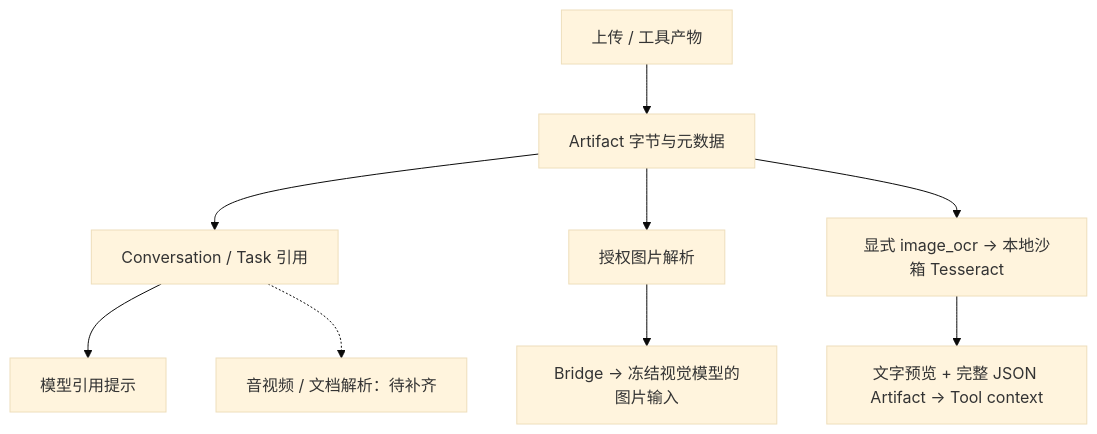
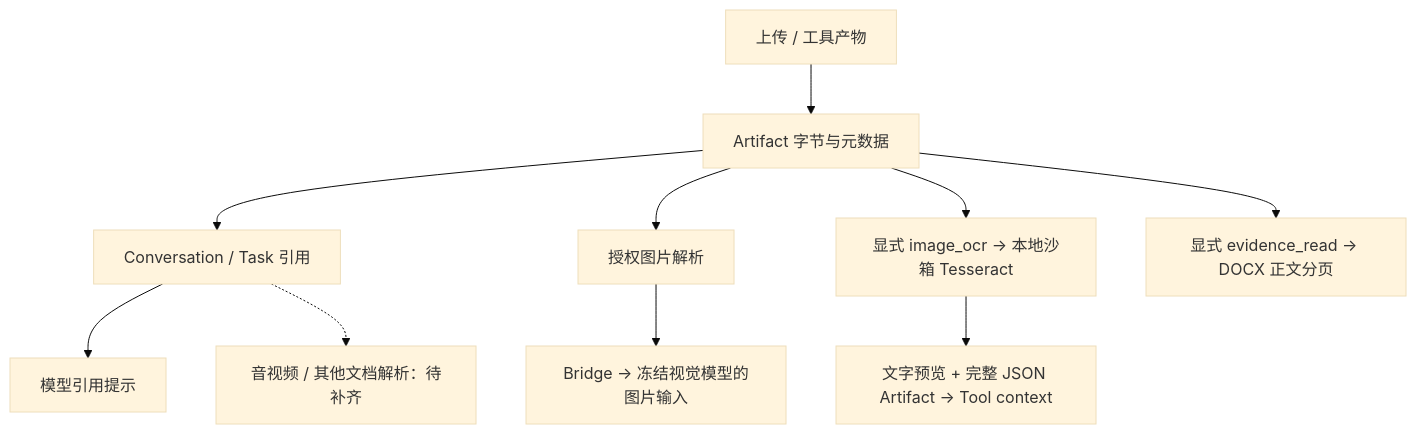
Before and after one commit to z-chenhao/assistant: the first of 2 diagrams in docs/designs/artifacts-media.md, drawn with Mermaid (base theme). The commit also changed other lines of this file and 11 other files, not shown here.

Commit message:
feat(artifacts): read bounded DOCX text as evidence

````diff
--- a/docs/designs/artifacts-media.md
+++ b/docs/designs/artifacts-media.md
@@ -11,11 +11,12 @@
 ```mermaid
 flowchart TD
     U["上传 / 工具产物"] --> A["Artifact 字节与元数据"]
     A --> C["Conversation / Task 引用"]
     C --> M["模型引用提示"]
     A --> I["授权图片解析"]
     I --> B["Bridge → 冻结视觉模型的图片输入"]
     A --> O["显式 image_ocr → 本地沙箱 Tesseract"]
     O --> T["文字预览 + 完整 JSON Artifact → Tool context"]
-    C -.-> P["音视频 / 文档解析：待补齐"]
+    A --> D["显式 evidence_read → DOCX 正文分页"]
+    C -.-> P["音视频 / 其他文档解析：待补齐"]
 ```
````
